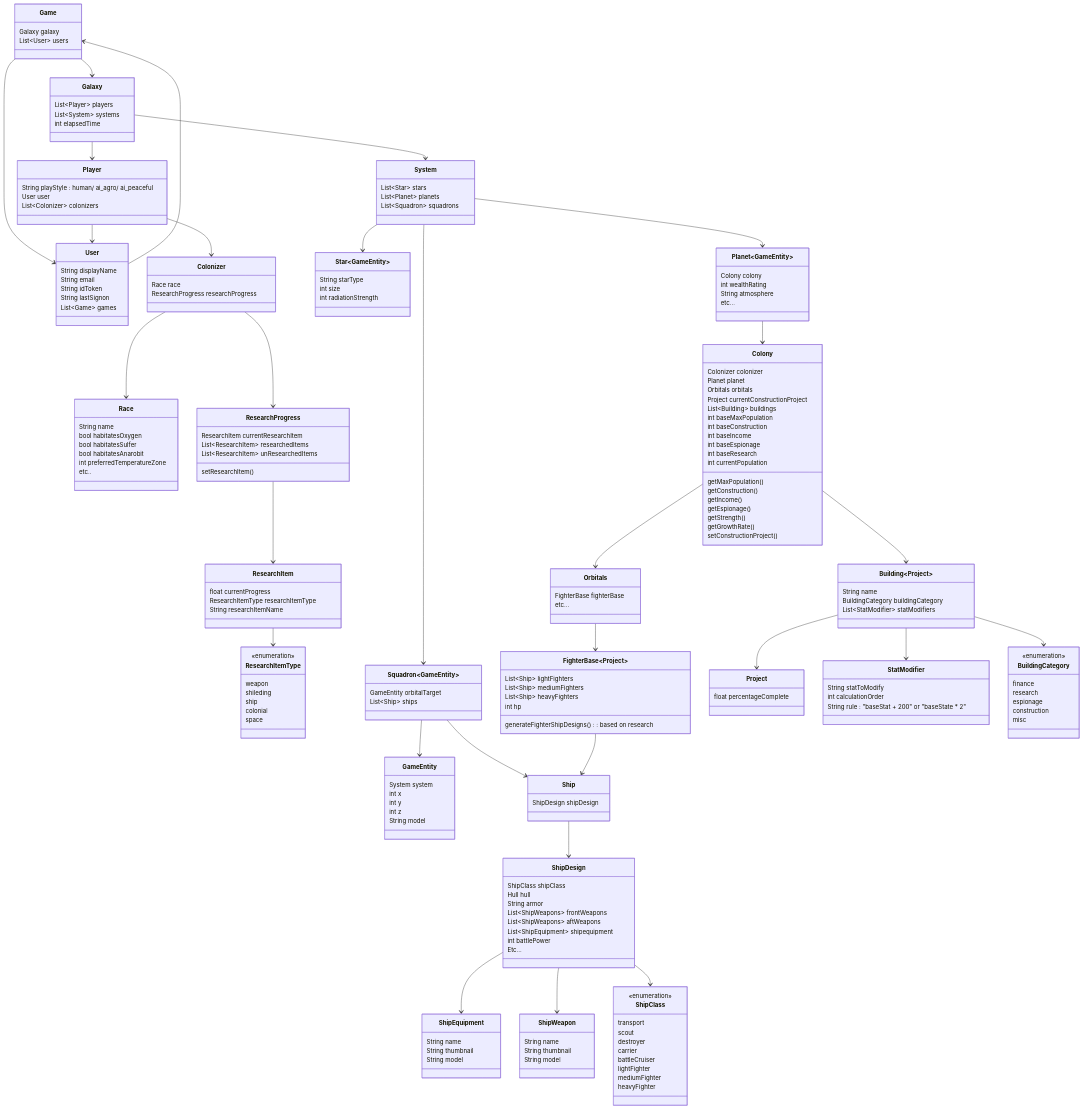
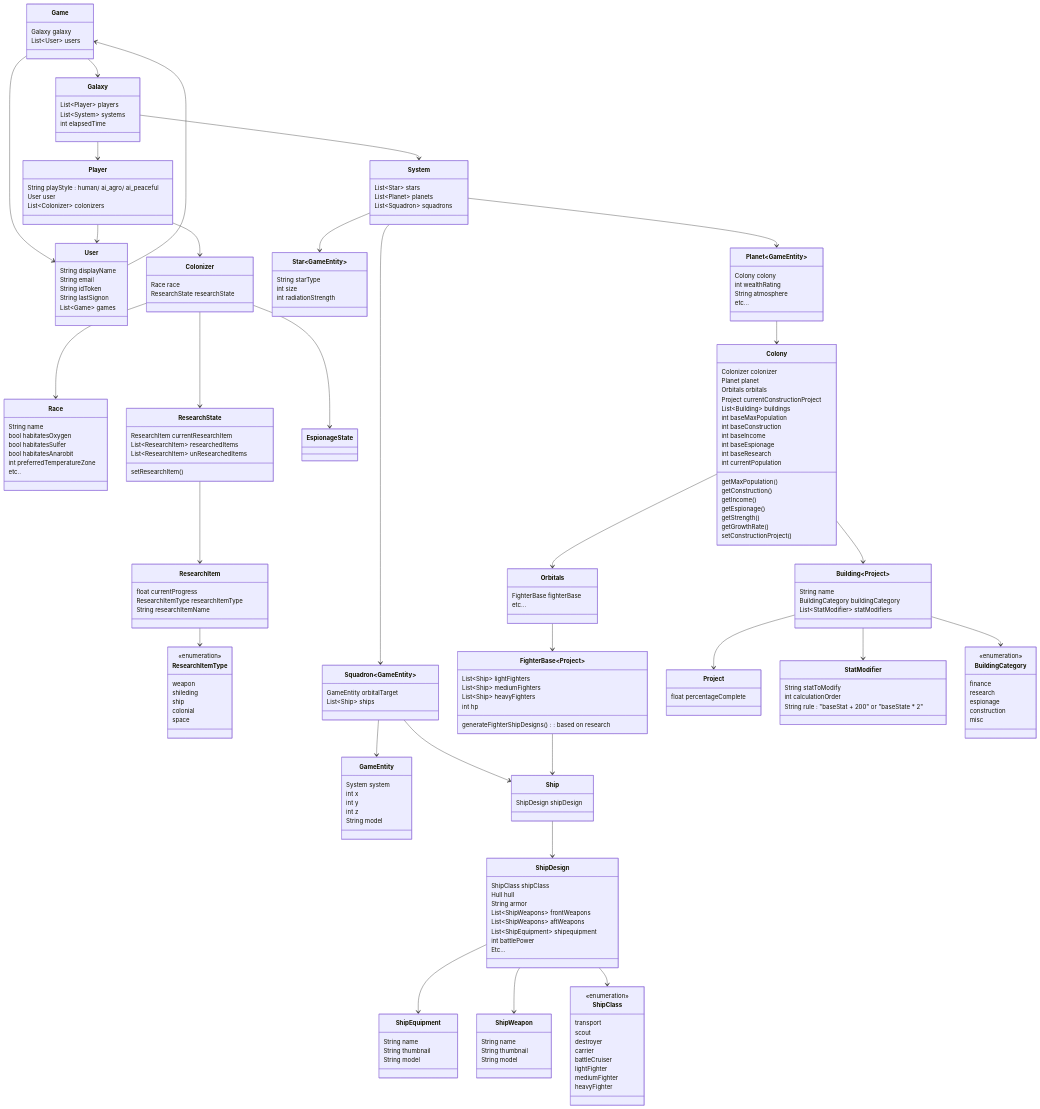
The diagram in complete_domain_model.md (TriNetCo/pax-imperia-web), drawn with Mermaid before and after one commit.

Commit message:
minor update to model

```diff
--- a/complete_domain_model.md
+++ b/complete_domain_model.md
@@ -15,9 +15,10 @@
   Player --> User
 
   Colonizer --> Race
-  Colonizer --> ResearchProgress
+  Colonizer --> ResearchState
+  Colonizer --> EspionageState
 
-  ResearchProgress --> ResearchItem
+  ResearchState --> ResearchItem
   ResearchItem --> ResearchItemType
 
   System --> Star~GameEntity~
@@ -77,7 +78,7 @@
 
   class Colonizer {
     Race race
-    ResearchProgress researchProgress
+    ResearchState researchState
   }
 
   class Race {
@@ -89,7 +90,7 @@
     etc..
   }
 
-  class ResearchProgress {
+  class ResearchState {
     ResearchItem currentResearchItem
     List~ResearchItem~ researchedItems
     List~ResearchItem~ unResearchedItems
```
